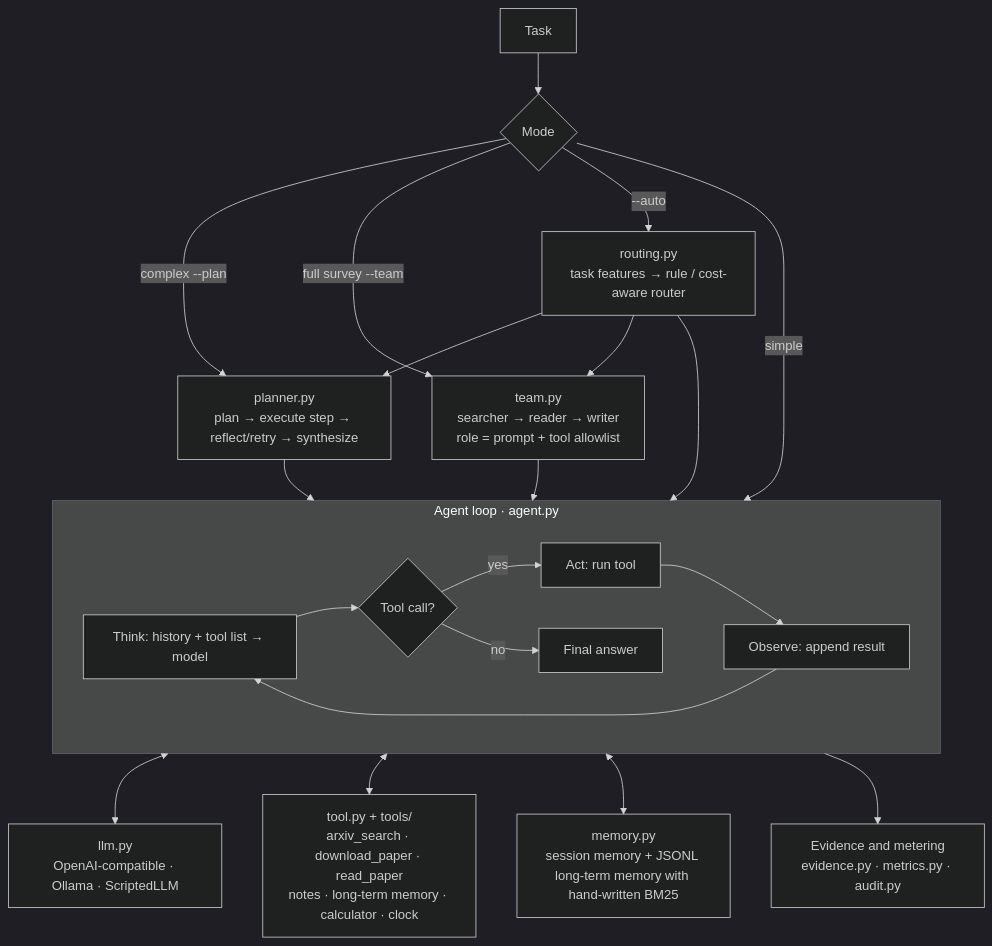
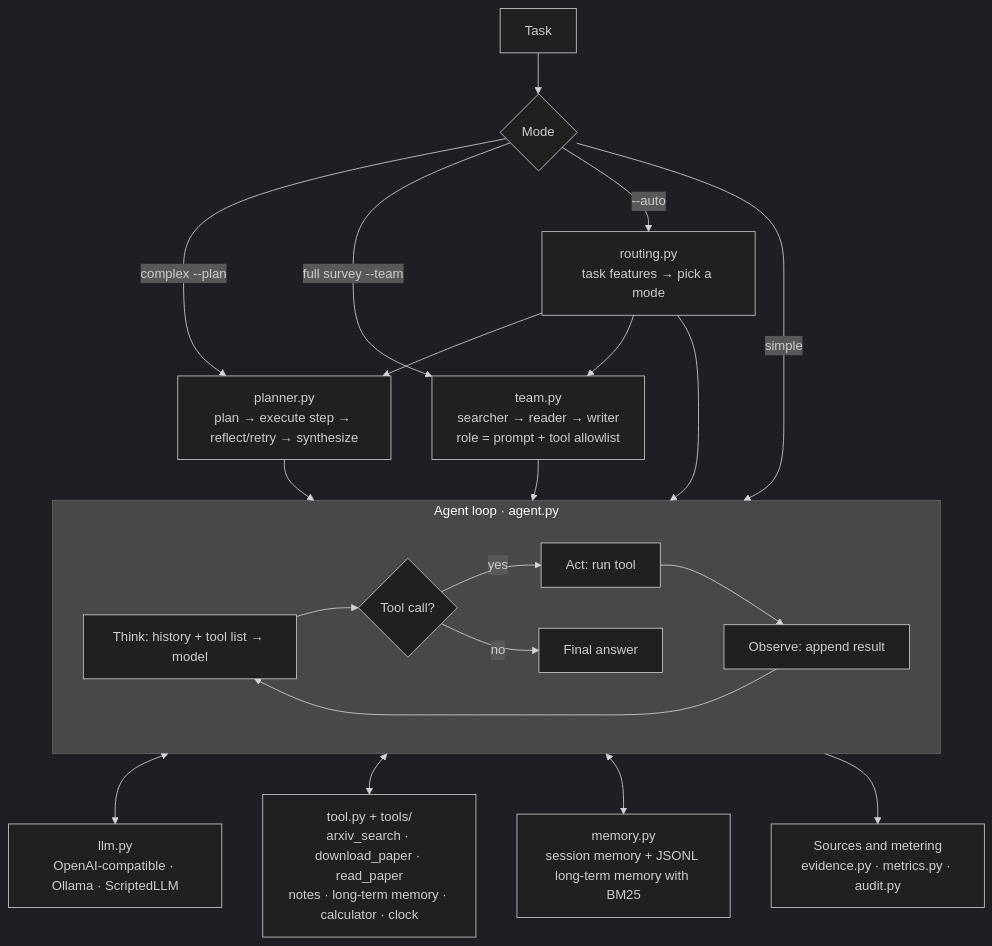
Before and after one commit to jian-in/ScholarAgent: the diagram in README.en.md, drawn with Mermaid (dark theme). The commit also changed other lines of this file and 12 other files, not shown here.

````diff
--- a/README.en.md
+++ b/README.en.md
@@ -71,22 +83,22 @@
 ```mermaid
 flowchart TB
     U[Task] --> MODE{Mode}
     MODE -- simple --> A
     MODE -- "complex --plan" --> P[planner.py<br>plan → execute step → reflect/retry → synthesize]
     MODE -- "full survey --team" --> T[team.py<br>searcher → reader → writer<br>role = prompt + tool allowlist]
-    MODE -- "--auto" --> R[routing.py<br>task features → rule / cost-aware router]
+    MODE -- "--auto" --> R[routing.py<br>task features → pick a mode]
     R --> A & P & T
     P --> A
     T --> A
 
     subgraph A[Agent loop · agent.py]
         T1[Think: history + tool list → model] --> T2{Tool call?}
         T2 -- yes --> T3[Act: run tool] --> T4[Observe: append result] --> T1
         T2 -- no --> DONE[Final answer]
     end
 
     A <--> L[llm.py<br>OpenAI-compatible · Ollama · ScriptedLLM]
     A <--> TL[tool.py + tools/<br>arxiv_search · download_paper · read_paper<br>notes · long-term memory · calculator · clock]
-    A <--> M[memory.py<br>session memory + JSONL long-term memory with hand-written BM25]
-    A --> E[Evidence and metering<br>evidence.py · metrics.py · audit.py]
+    A <--> M[memory.py<br>session memory + JSONL long-term memory with BM25]
+    A --> E[Sources and metering<br>evidence.py · metrics.py · audit.py]
 ```
````
